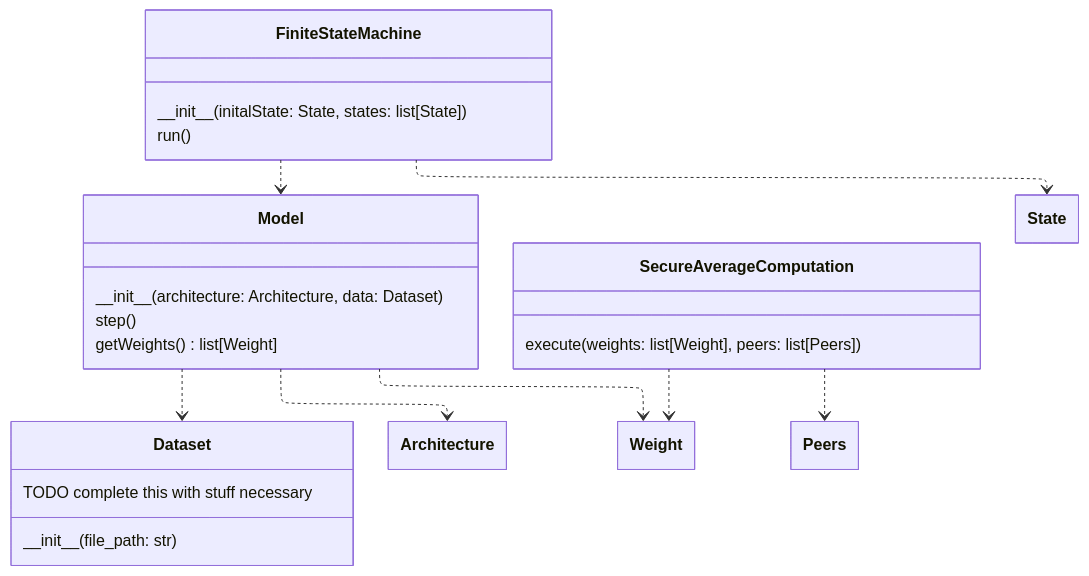
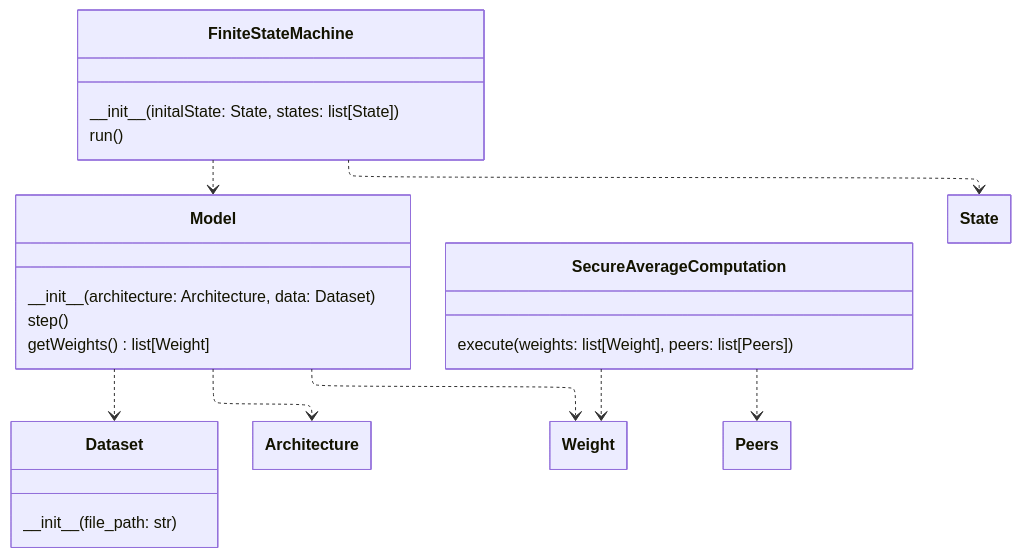
Before and after one commit to Oldranda1414/Privacy-P2P-Federated-Learning: the diagram in doc/assets/src/hldesign.mmd, drawn with Mermaid. The commit also changed 11 other files, not shown here.

Commit message:
remove massive example runs, minor refactorings, working on doc diagrams

```diff
--- a/doc/assets/src/hldesign.mmd
+++ b/doc/assets/src/hldesign.mmd
@@ -1,34 +1,33 @@
 ---
 config:
   class:
     hideEmptyMembersBox: true
   layout: elk
 ---
 classDiagram
     class FiniteStateMachine {
         \_\_init\_\_(initalState: State, states: list[State])
         run()
     }
 
     class Model {
         \_\_init\_\_(architecture: Architecture, data: Dataset)
         step()
         getWeights() list[Weight]
     }
 
     class Dataset {
         \_\_init\_\_(file_path: str)
-        TODO complete this with stuff necessary
     }
 
     class SecureAverageComputation {
         execute(weights: list[Weight], peers: list[Peers])
     }
 
     FiniteStateMachine ..> Model
     FiniteStateMachine ..> State
     Model ..> Dataset
     Model ..> Architecture
     Model ..> Weight
     SecureAverageComputation ..> Weight
     SecureAverageComputation ..> Peers
```
